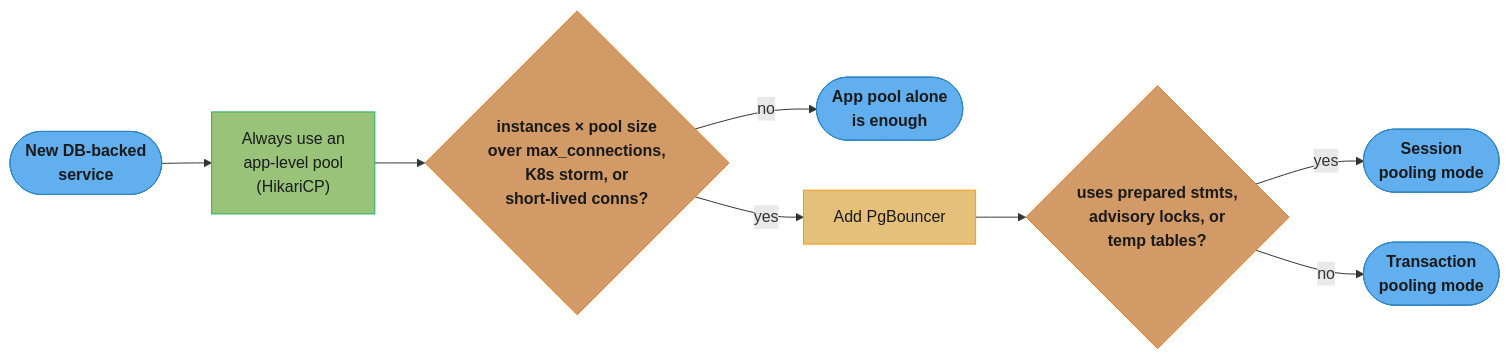
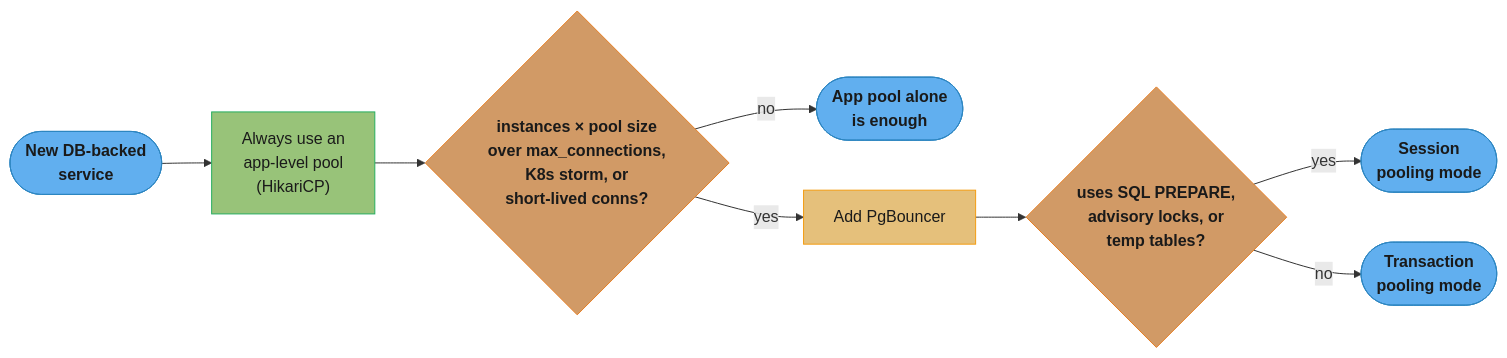
One commit to rppol/system-design changed the seventh of 9 diagrams in src/main/java/com/rutik/systemdesign/database/connection_pool_management/connection_pool_management.md. Above: the diagram before and after it, drawn with Mermaid. The commit also changed other lines of this file and 655 other files, not shown here.

````diff
--- a/src/main/java/com/rutik/systemdesign/database/connection_pool_management/connection_pool_management.md
+++ b/src/main/java/com/rutik/systemdesign/database/connection_pool_management/connection_pool_management.md
@@ -551,24 +591,24 @@
 ```mermaid
 flowchart LR
     classDef io      fill:#61afef,stroke:#2e86c1,color:#1a1a1a,font-weight:bold
     classDef frozen  fill:#c678dd,stroke:#9b59b6,color:#fff
     classDef train   fill:#98c379,stroke:#27ae60,color:#1a1a1a
     classDef mathOp  fill:#d19a66,stroke:#e67e22,color:#1a1a1a,font-weight:bold
     classDef lossN   fill:#e06c75,stroke:#c0392b,color:#fff,font-weight:bold
     classDef req     fill:#56b6c2,stroke:#0097a7,color:#1a1a1a
     classDef base    fill:#e5c07b,stroke:#f39c12,color:#1a1a1a
 
     start(["New DB-backed<br/>service"]) --> pool["Always use an<br/>app-level pool<br/>(HikariCP)"]
     pool --> trigger{"instances × pool size<br/>over max_connections,<br/>K8s storm, or<br/>short-lived conns?"}
     trigger -->|"no"| direct(["App pool alone<br/>is enough"])
     trigger -->|"yes"| addpgb["Add PgBouncer"]
-    addpgb --> feat{"uses prepared stmts,<br/>advisory locks, or<br/>temp tables?"}
+    addpgb --> feat{"uses SQL PREPARE,<br/>advisory locks, or<br/>temp tables?"}
     feat -->|"yes"| session(["Session<br/>pooling mode"])
     feat -->|"no"| txn(["Transaction<br/>pooling mode"])
 
     class start io
     class pool train
     class trigger,feat mathOp
     class direct,session,txn io
     class addpgb base
 ```
````
